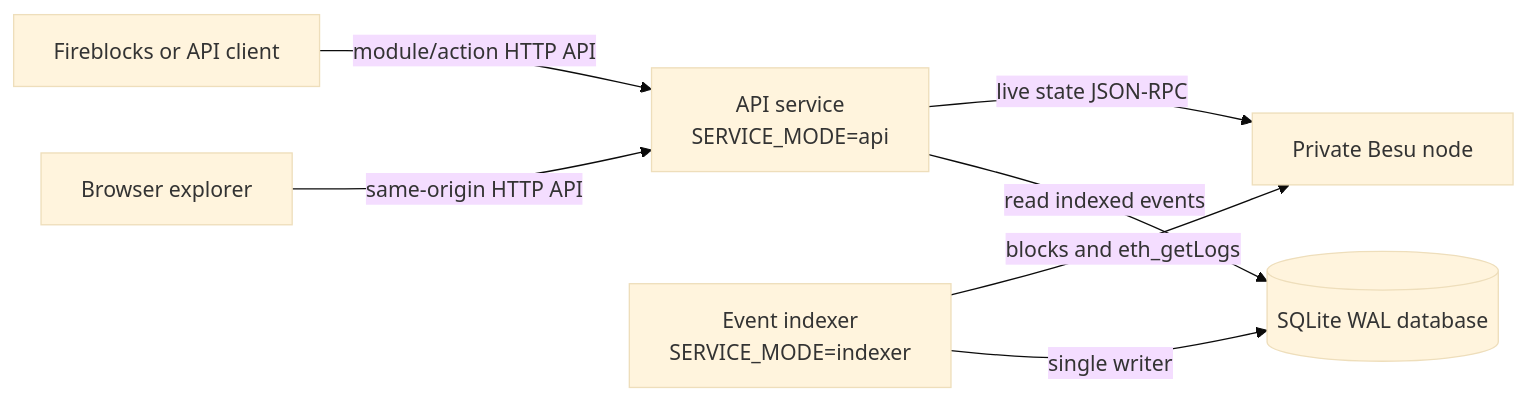
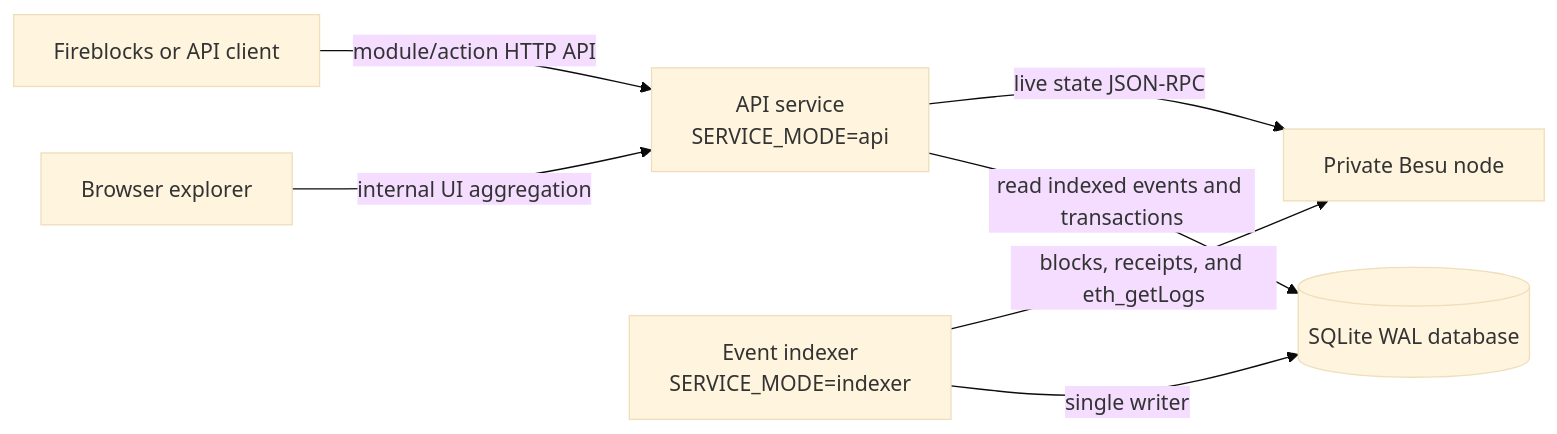
One commit to WangWang0226/da-rpc-proxy changed the first of 2 diagrams in docs/architecture-overview.md. Above: the diagram before and after it, drawn with Mermaid (base theme). The commit also changed other lines of this file and 20 other files, not shown here.

````diff
--- a/docs/architecture-overview.md
+++ b/docs/architecture-overview.md
@@ -20,16 +20,16 @@
 ```mermaid
 flowchart LR
     FB[Fireblocks or API client]
     UI[Browser explorer]
     API[API service<br/>SERVICE_MODE=api]
     IDX[Event indexer<br/>SERVICE_MODE=indexer]
     BESU[Private Besu node]
     DB[(SQLite WAL database)]
 
     FB -->|module/action HTTP API| API
-    UI -->|same-origin HTTP API| API
+    UI -->|internal UI aggregation| API
     API -->|live state JSON-RPC| BESU
-    IDX -->|blocks and eth_getLogs| BESU
+    IDX -->|blocks, receipts, and eth_getLogs| BESU
     IDX -->|single writer| DB
-    API -->|read indexed events| DB
+    API -->|read indexed events and transactions| DB
 ```
````
